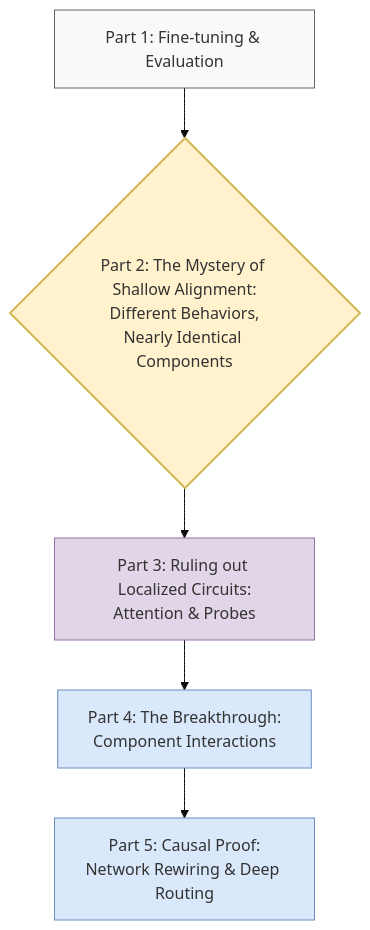
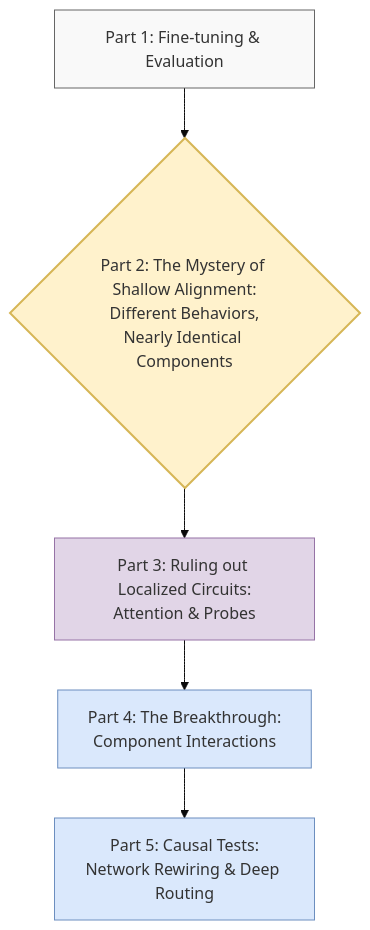
The first of 5 diagrams in WRITE_UP.md (tylercrosse/LLM_morality), drawn with Mermaid (base theme) before and after one commit. The commit also changed other lines of this file, not shown here.

````diff
--- a/WRITE_UP.md
+++ b/WRITE_UP.md
@@ -49,18 +49,18 @@
 ```mermaid
 graph TD
     classDef setup fill:#f9f9f9,stroke:#666,stroke-width:1px;
     classDef feature fill:#fff2cc,stroke:#d6b656,stroke-width:2px;
     classDef test fill:#e1d5e7,stroke:#9673a6,stroke-width:1px;
     classDef causal fill:#dae8fc,stroke:#6c8ebf,stroke-width:1px;
 
     %% High-level narrative arc
     FT[Part 1: Fine-tuning & Evaluation] --> Mystery{Part 2: The Mystery of Shallow Alignment:<br>Different Behaviors,<br>Nearly Identical Components}
     Mystery --> Tests[Part 3: Ruling out Localized Circuits:<br>Attention & Probes]
     Tests --> Breakthrough[Part 4: The Breakthrough:<br>Component Interactions]
-    Breakthrough --> Mech[Part 5: Causal Proof:<br>Network Rewiring & Deep Routing]
+    Breakthrough --> Mech[Part 5: Causal Tests:<br>Network Rewiring & Deep Routing]
 
     class FT setup;
     class Mystery feature;
     class Tests test;
     class Breakthrough,Mech causal;
 ```
````
